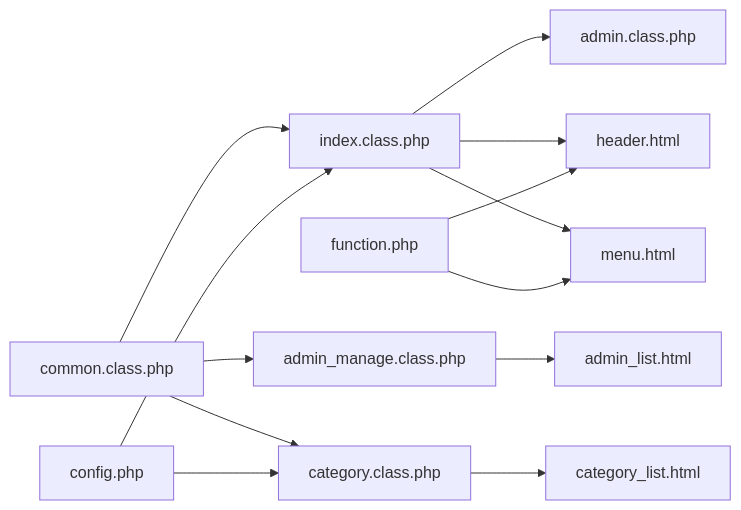
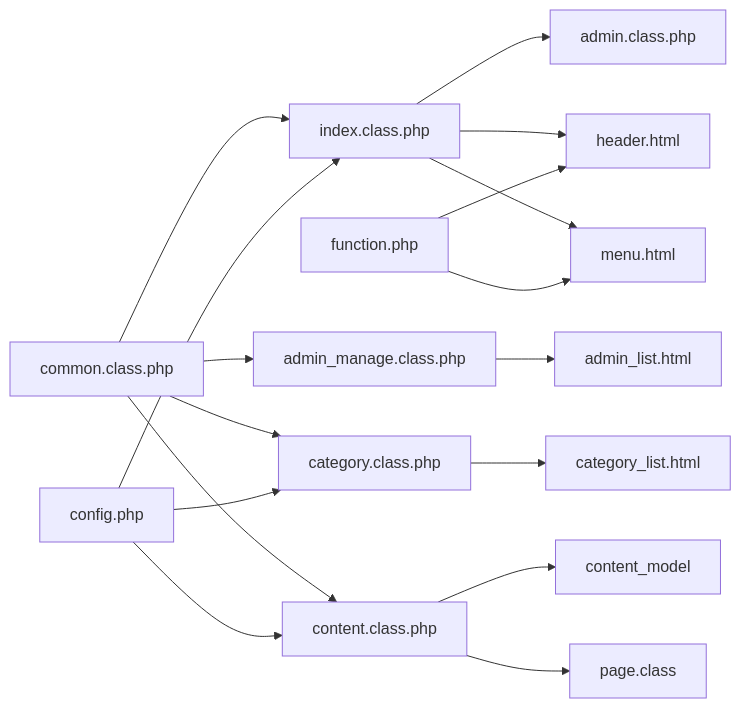
One commit to lirongyaoper/lryblog.com changed the seventh of 7 diagrams in .qoder/repowiki/zh/content/后台管理模块/后台管理模块.md. Above: the diagram before and after it, drawn with Mermaid. The commit also changed other lines of this file and 4 other files, not shown here.

````diff
--- a/.qoder/repowiki/zh/content/后台管理模块/后台管理模块.md
+++ b/.qoder/repowiki/zh/content/后台管理模块/后台管理模块.md
@@ -293,15 +320,19 @@
 ```mermaid
 graph LR
 Common["common.class.php"] --> Index["index.class.php"]
 Common --> AdminManage["admin_manage.class.php"]
 Common --> Category["category.class.php"]
+Common --> Content["content.class.php"]
 Index --> AdminModel["admin.class.php"]
 Index --> Header["header.html"]
 Index --> Menu["menu.html"]
 AdminManage --> AdminList["admin_list.html"]
 Category --> CatList["category_list.html"]
+Content --> ContentModel["content_model"]
+Content --> PageClass["page.class"]
 Function["function.php"] --> Header
 Function --> Menu
 Config["config.php"] --> Index
 Config --> Category
+Config --> Content
 ```
````
